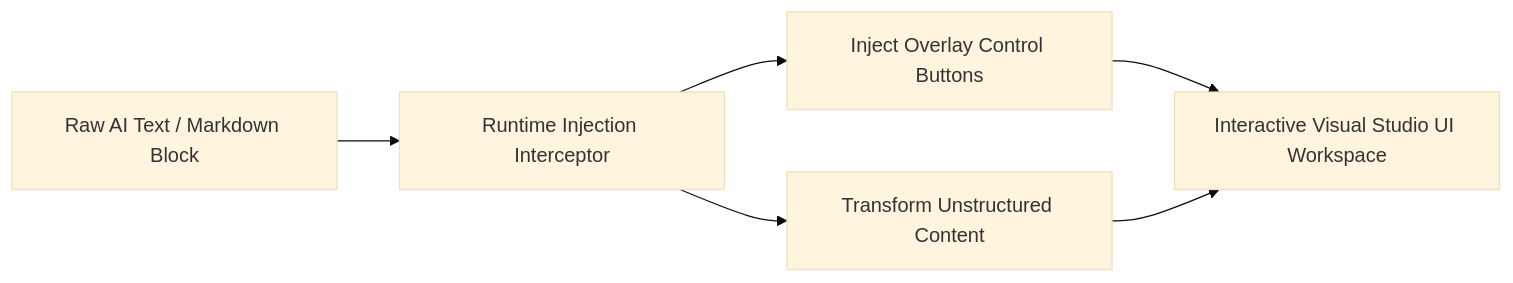
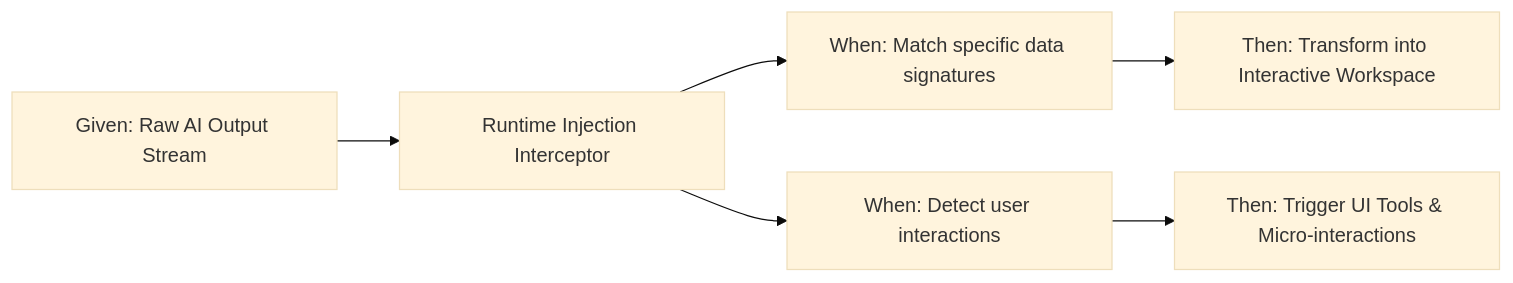
Before and after one commit to mf775818/Gemini-UI: the first of 2 diagrams in README.md, drawn with Mermaid (base theme). The commit also changed other lines of this file and 1 other file, not shown here.

Commit message:
docs: update BDD flow diagram and minor comment fix

````diff
--- a/README.md
+++ b/README.md
@@ -13,9 +13,8 @@
 ```mermaid
 graph LR
-    RawOutput["Raw AI Text / Markdown Block"] --> Interceptor["Runtime Injection Interceptor"]
-    Interceptor --> Action1["Inject Overlay Control Buttons"]
-    Interceptor --> Action2["Transform Unstructured Content"]
-    Action1 --> RenderedUI["Interactive Visual Studio UI Workspace"]
-    Action2 --> RenderedUI
-
+    Given["Given: Raw AI Output Stream"] --> Interceptor["Runtime Injection Interceptor"]
+    Interceptor --> Action1["When: Match specific data signatures"]
+    Action1 --> Outcome1["Then: Transform into Interactive Workspace"]
+    Interceptor --> Action2["When: Detect user interactions"]
+    Action2 --> Outcome2["Then: Trigger UI Tools & Micro-interactions"]
 ```
````
